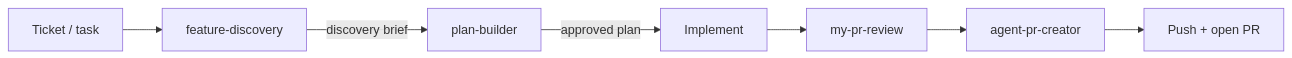
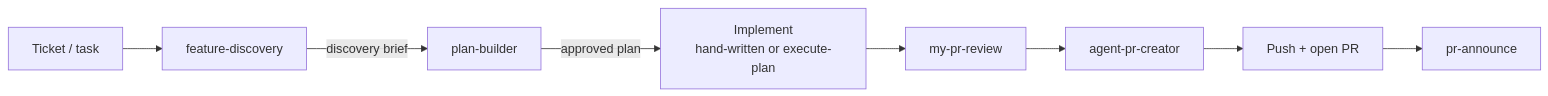
Before and after one commit to aangieespinoza/workflow-ai-toolkit: the first of 4 diagrams in docs/workflows.md, drawn with Mermaid. The commit also changed other lines of this file and 20 other files, not shown here.

````diff
--- a/docs/workflows.md
+++ b/docs/workflows.md
@@ -12,9 +12,10 @@
 ```mermaid
 flowchart LR
     T[Ticket / task] --> FD[feature-discovery]
     FD -->|discovery brief| PB[plan-builder]
-    PB -->|approved plan| IMPL[Implement]
+    PB -->|approved plan| IMPL[Implement<br/>hand-written or execute-plan]
     IMPL --> MPR[my-pr-review]
     MPR --> PRC[agent-pr-creator]
     PRC --> PUSH[Push + open PR]
+    PUSH --> ANN[pr-announce]
 ```
````
